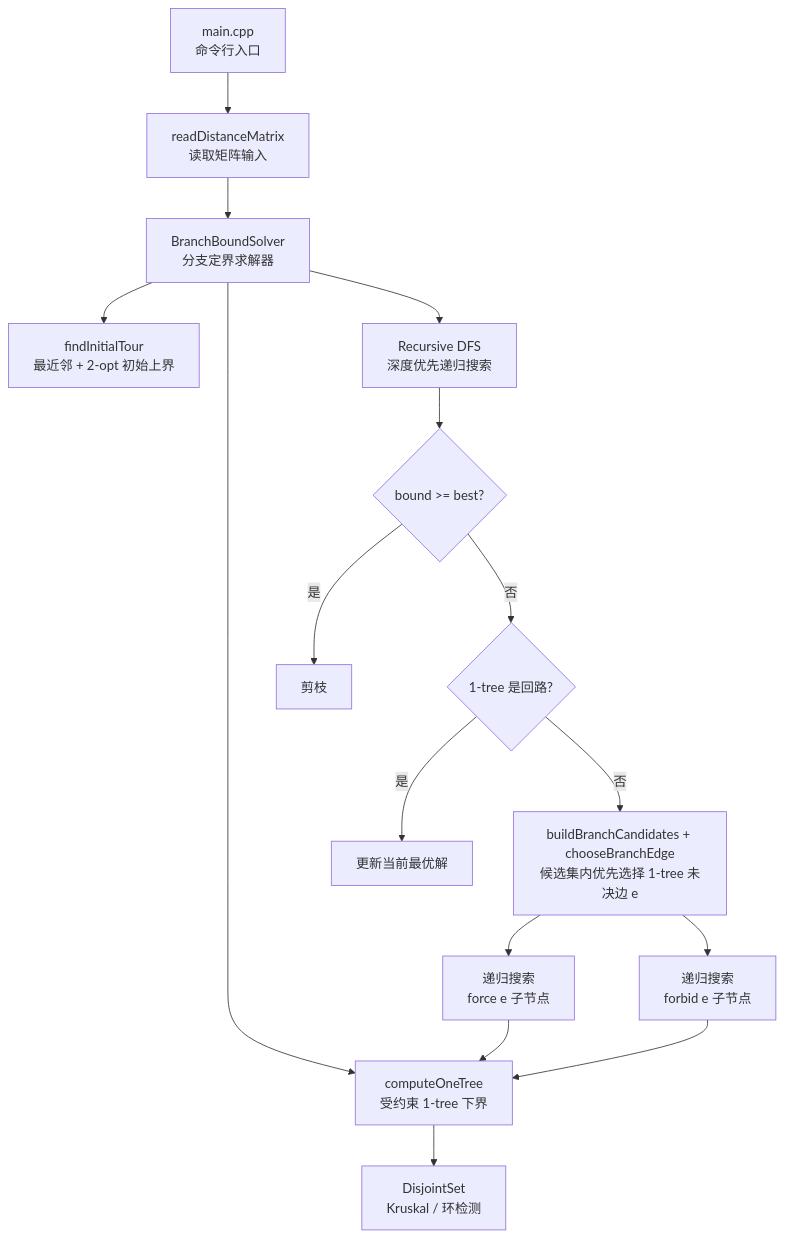
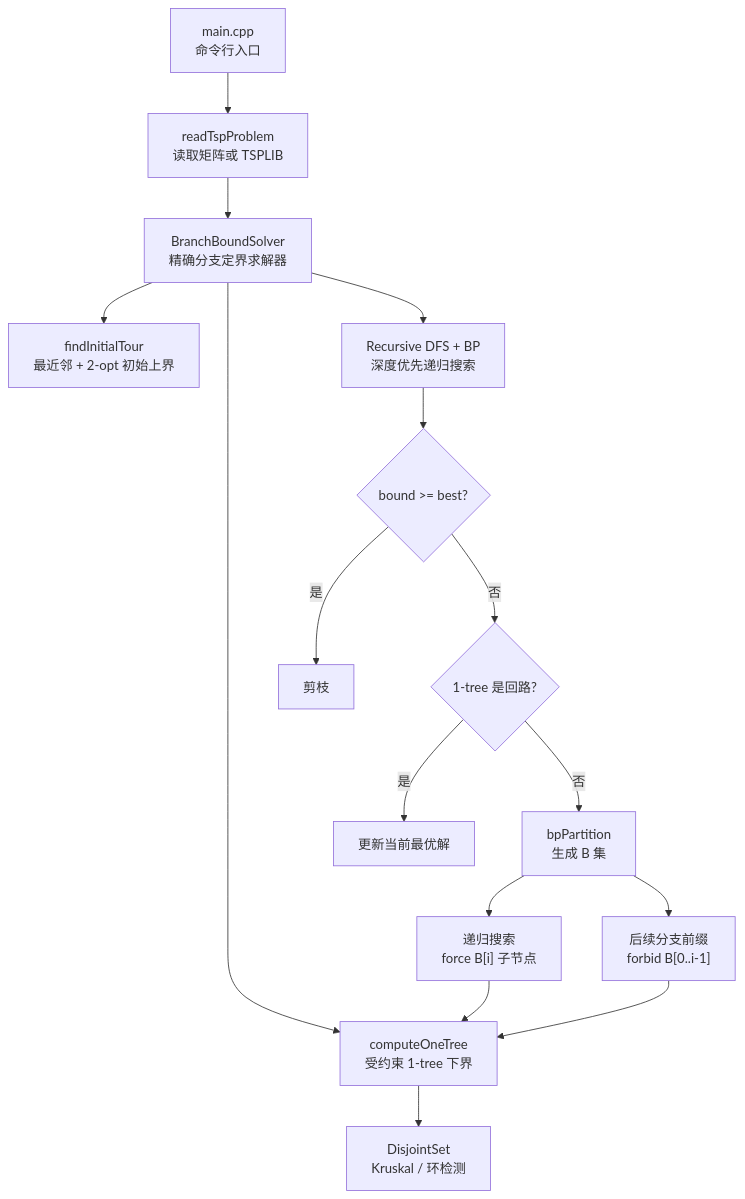
Before and after one commit to rAyanami-zqy/TSP: the diagram in README.md, drawn with Mermaid. The commit also changed other lines of this file and 4 other files, not shown here.

````diff
--- a/README.md
+++ b/README.md
@@ -18,18 +20,18 @@
 ```mermaid
 flowchart TD
-    A["main.cpp<br/>命令行入口"] --> B["readDistanceMatrix<br/>读取矩阵输入"]
-    B --> C["BranchBoundSolver<br/>分支定界求解器"]
-    C --> D["findInitialTour<br/>最近邻 + 2-opt 初始上界"]
-    C --> E["computeOneTree<br/>受约束 1-tree 下界"]
+    A["main.cpp<br/>命令行入口"] --> B["readTspProblem<br/>读取矩阵或 TSPLIB"]
+    B --> D["BranchBoundSolver<br/>精确分支定界求解器"]
+    D --> R["findInitialTour<br/>最近邻 + 2-opt 初始上界"]
+    D --> E["computeOneTree<br/>受约束 1-tree 下界"]
     E --> F["DisjointSet<br/>Kruskal / 环检测"]
-    C --> G["Recursive DFS<br/>深度优先递归搜索"]
+    D --> G["Recursive DFS + BP<br/>深度优先递归搜索"]
     G --> H{"bound >= best?"}
     H -- "是" --> I["剪枝"]
     H -- "否" --> J{"1-tree 是回路?"}
     J -- "是" --> K["更新当前最优解"]
-    J -- "否" --> L["buildBranchCandidates + chooseBranchEdge<br/>候选集内优先选择 1-tree 未决边 e"]
-    L --> M["递归搜索<br/>force e 子节点"]
-    L --> N["递归搜索<br/>forbid e 子节点"]
+    J -- "否" --> L["bpPartition<br/>生成 B 集"]
+    L --> M["递归搜索<br/>force B[i] 子节点"]
+    L --> N["后续分支前缀<br/>forbid B[0..i-1]"]
     M --> E
     N --> E
 ```
````
